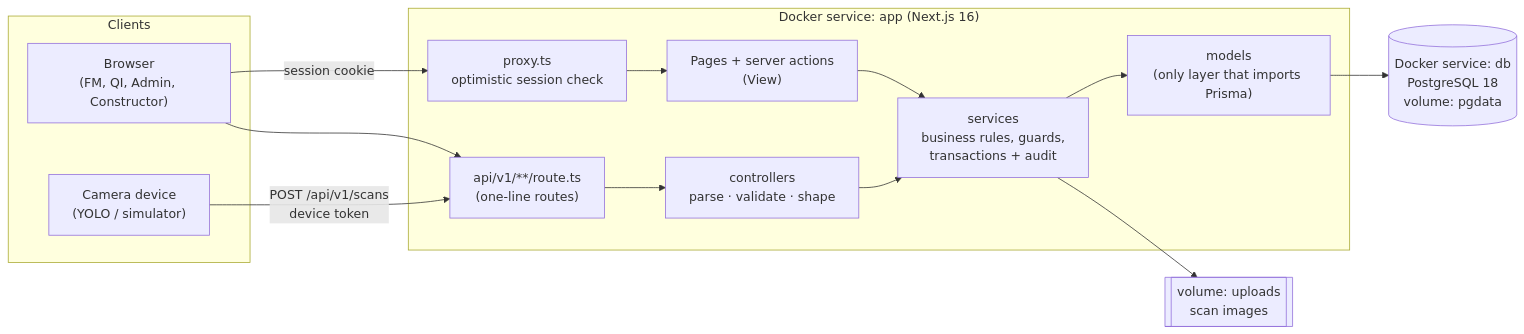
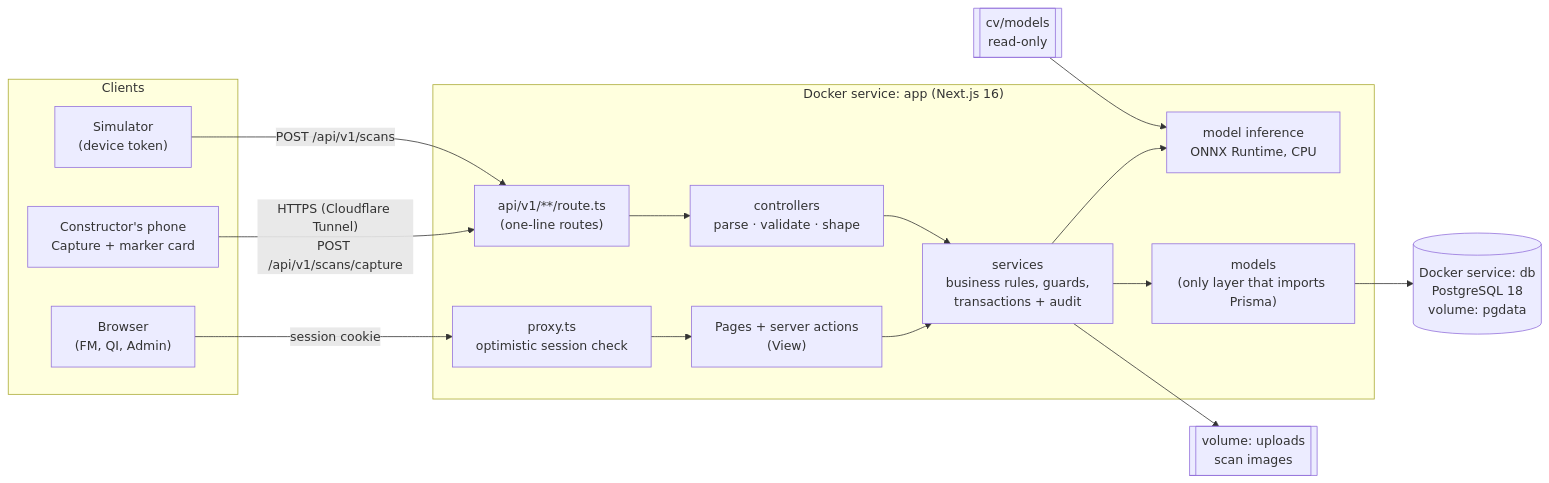
One commit to OatiesMilk/CPoint-PMS changed the first of 2 diagrams in README.md. Above: the diagram before and after it, drawn with Mermaid. The commit also changed other lines of this file and 26 other files, not shown here.

````diff
--- a/README.md
+++ b/README.md
@@ -233,26 +213,31 @@
 ```mermaid
 flowchart LR
   subgraph Clients
-    B["Browser<br/>(FM, QI, Admin, Constructor)"]
-    C["Camera device<br/>(YOLO / simulator)"]
+    B["Browser<br/>(FM, QI, Admin)"]
+    PH["Constructor's phone<br/>Capture + marker card"]
+    SIM["Simulator<br/>(device token)"]
   end
 
   subgraph app["Docker service: app (Next.js 16)"]
     P["proxy.ts<br/>optimistic session check"]
     V["Pages + server actions<br/>(View)"]
     R["api/v1/**/route.ts<br/>(one-line routes)"]
     CT["controllers<br/>parse · validate · shape"]
     S["services<br/>business rules, guards,<br/>transactions + audit"]
+    ML["model inference<br/>ONNX Runtime, CPU"]
     M["models<br/>(only layer that imports Prisma)"]
   end
 
   DB[("Docker service: db<br/>PostgreSQL 18<br/>volume: pgdata")]
   U[["volume: uploads<br/>scan images"]]
+  MF[["cv/models<br/>read-only"]]
 
   B -->|session cookie| P --> V
-  B --> R
-  C -->|"POST /api/v1/scans<br/>device token"| R
+  PH -->|"HTTPS (Cloudflare Tunnel)<br/>POST /api/v1/scans/capture"| R
+  SIM -->|"POST /api/v1/scans"| R
   V --> S
   R --> CT --> S --> M --> DB
+  S --> ML
+  MF --> ML
   S --> U
 ```
````
